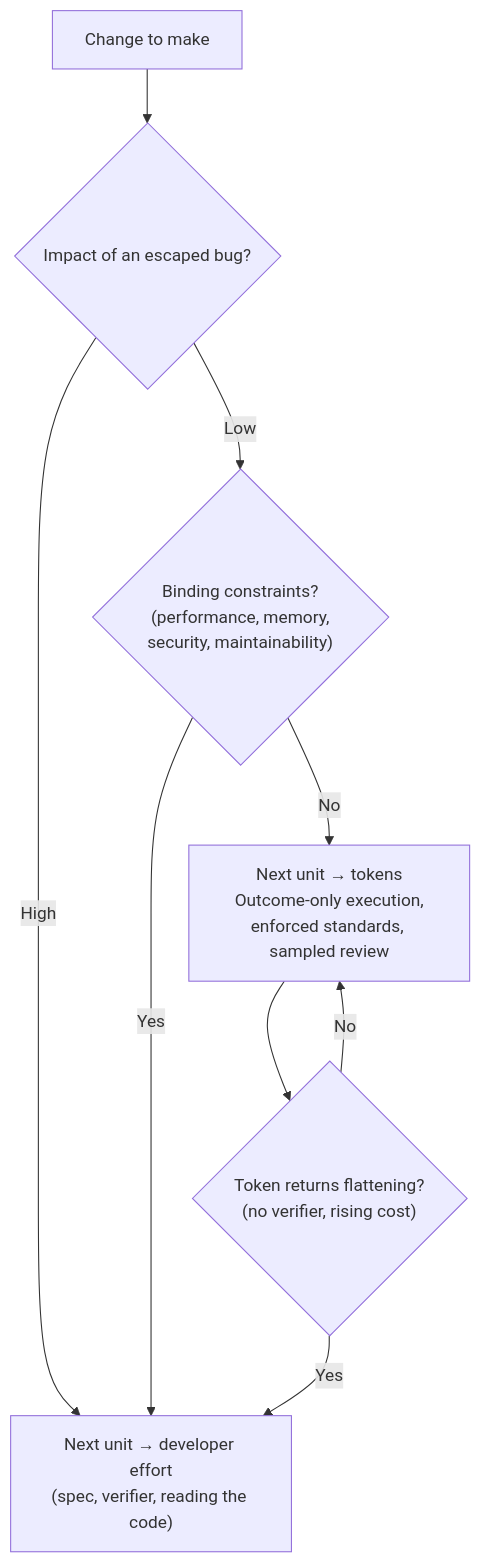
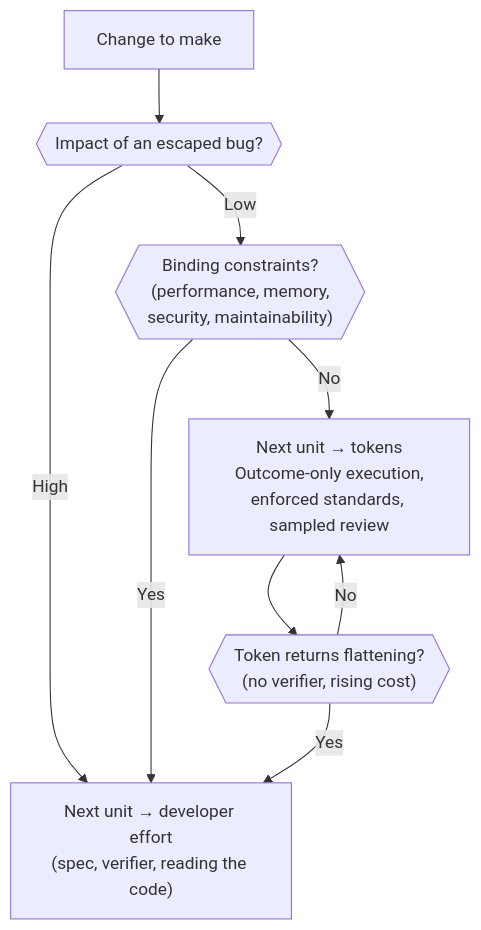
One commit to t-kuraga/ai-discussions changed diagram 18 of 21 in AI_Coding__The_Case_for_Guided_Autonomy/AI_Coding__The_Case_for_Guided_Autonomy.md. Above: the diagram before and after it, drawn with Mermaid. The commit also changed other lines of this file and 1 other file, not shown here.

````diff
--- a/AI_Coding__The_Case_for_Guided_Autonomy/AI_Coding__The_Case_for_Guided_Autonomy.md
+++ b/AI_Coding__The_Case_for_Guided_Autonomy/AI_Coding__The_Case_for_Guided_Autonomy.md
@@ -297,11 +400,11 @@
 ```mermaid
 flowchart TD
-    A["Change to make"] --> B{"Impact of an escaped bug?"}
-    B -- "Low" --> C{"Binding constraints?<br/>(performance, memory,<br/>security, maintainability)"}
+    A["Change to make"] --> B{{"Impact of an escaped bug?"}}
+    B -- "Low" --> C{{"Binding constraints?<br/>(performance, memory,<br/>security, maintainability)"}}
     B -- "High" --> E["Next unit → developer effort<br/>(spec, verifier, reading the code)"]
     C -- "No" --> D["Next unit → tokens<br/>Outcome-only execution,<br/>enforced standards, sampled review"]
     C -- "Yes" --> E
-    D --> F{"Token returns flattening?<br/>(no verifier, rising cost)"}
+    D --> F{{"Token returns flattening?<br/>(no verifier, rising cost)"}}
     F -- "Yes" --> E
     F -- "No" --> D
 ```
````
